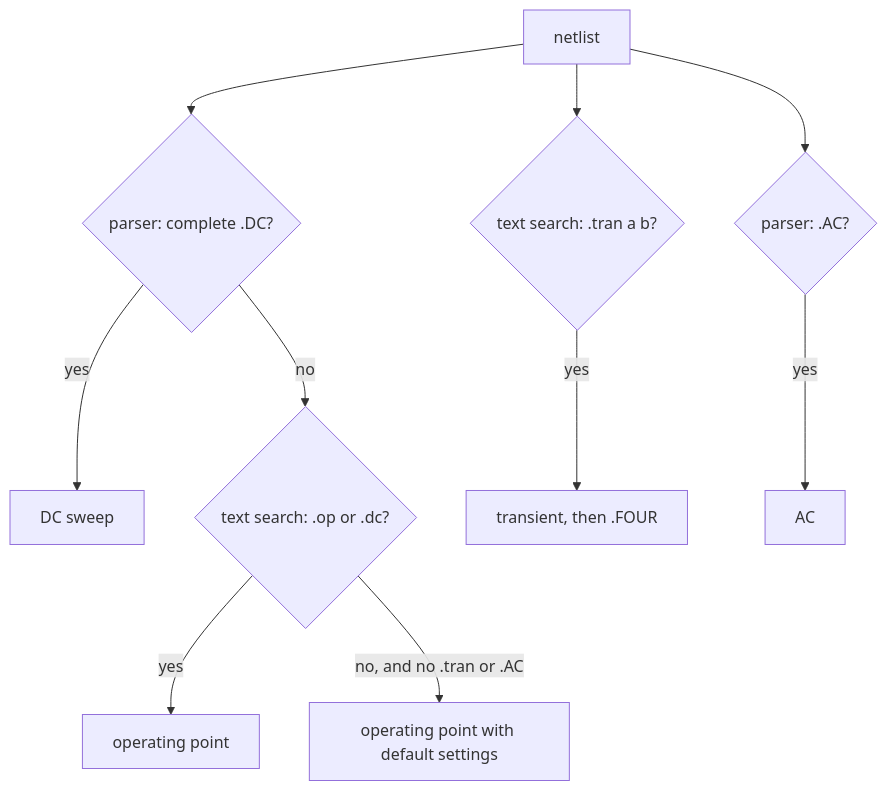
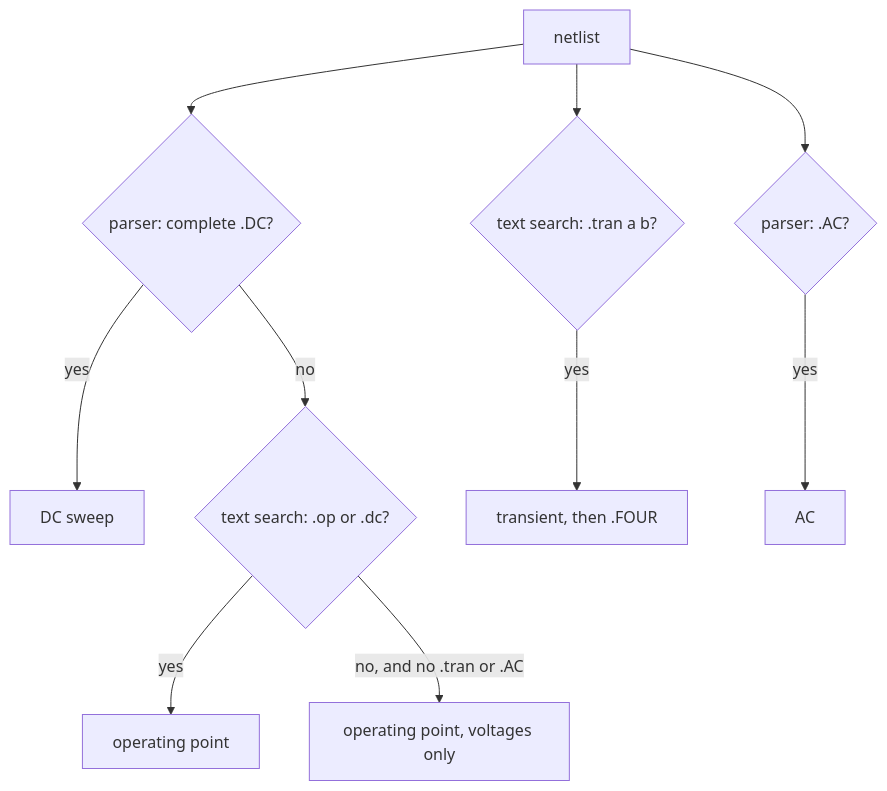
Before and after one commit to kurochan001/kirimaspice: the second of 2 diagrams in docs/REFERENCE_MANUAL.md, drawn with Mermaid. The commit also changed other lines of this file and 17 other files, not shown here.

````diff
--- a/docs/REFERENCE_MANUAL.md
+++ b/docs/REFERENCE_MANUAL.md
@@ -402,12 +421,12 @@
 ```mermaid
 flowchart TD
   N[netlist] --> P{"parser: complete .DC?"}
   P -- yes --> SW["DC sweep"]
   P -- no --> S{"text search: .op or .dc?"}
   S -- yes --> OP["operating point"]
   N --> TS{"text search: .tran a b?"}
   TS -- yes --> TR["transient, then .FOUR"]
   N --> A{"parser: .AC?"}
   A -- yes --> AC["AC"]
-  S -- "no, and no .tran or .AC" --> DEF["operating point with default settings"]
+  S -- "no, and no .tran or .AC" --> DEF["operating point, voltages only"]
 ```
````
